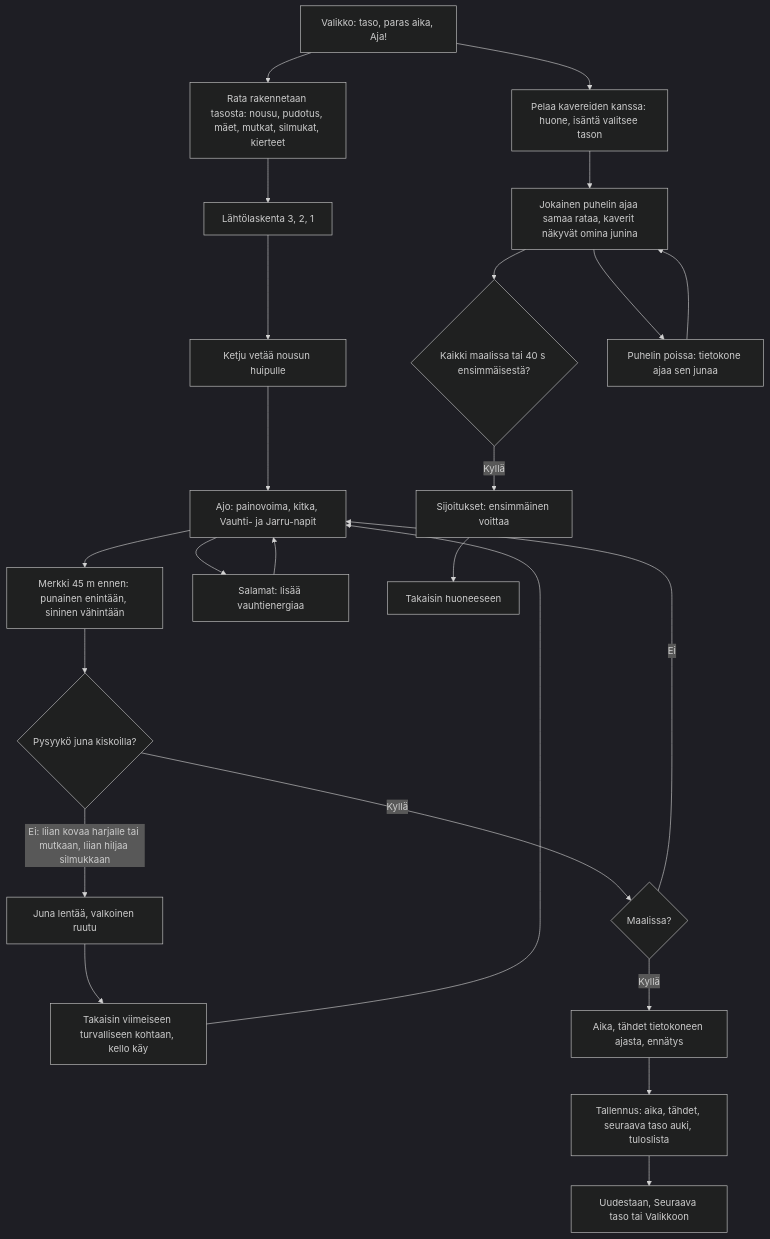
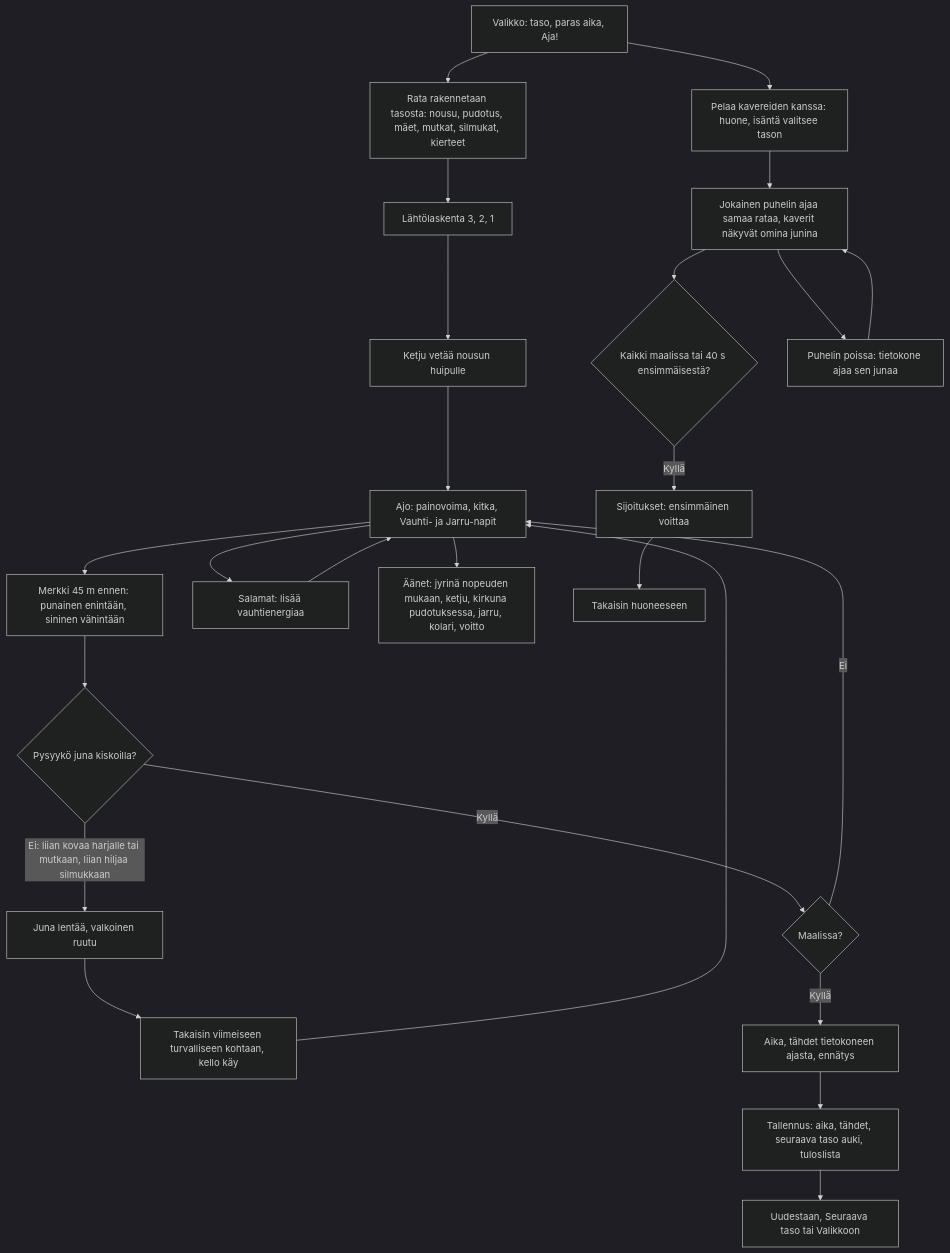
The diagram in docs/diagrams/vuoristorata.md (eerovil/ai-pelit), drawn with Mermaid (dark theme) before and after one commit. The commit also changed other lines of this file and 4 other files, not shown here.

````diff
--- a/docs/diagrams/vuoristorata.md
+++ b/docs/diagrams/vuoristorata.md
@@ -10,32 +11,34 @@
 ```mermaid
 flowchart TD
   A[Valikko: taso, paras aika, Aja!] --> B[Rata rakennetaan tasosta: nousu, pudotus, mäet, mutkat, silmukat, kierteet]
   B --> C[Lähtölaskenta 3, 2, 1]
   C --> D[Ketju vetää nousun huipulle]
   D --> E[Ajo: painovoima, kitka, Vauhti- ja Jarru-napit]
   E --> F[Merkki 45 m ennen: punainen enintään, sininen vähintään]
   F --> G{Pysyykö juna kiskoilla?}
   G -- Kyllä --> H{Maalissa?}
   G -- Ei: liian kovaa harjalle tai mutkaan, liian hiljaa silmukkaan --> I[Juna lentää, valkoinen ruutu]
   I --> J[Takaisin viimeiseen turvalliseen kohtaan, kello käy]
   J --> E
   E --> K[Salamat: lisää vauhtienergiaa]
   K --> E
+  E --> V[Äänet: jyrinä nopeuden mukaan, ketju, kirkuna pudotuksessa, jarru, kolari, voitto]
   H -- Ei --> E
   H -- Kyllä --> L[Aika, tähdet tietokoneen ajasta, ennätys]
   L --> M[Tallennus: aika, tähdet, seuraava taso auki, tuloslista]
   M --> N[Uudestaan, Seuraava taso tai Valikkoon]
   A --> O[Pelaa kavereiden kanssa: huone, isäntä valitsee tason]
   O --> P[Jokainen puhelin ajaa samaa rataa, kaverit näkyvät omina junina]
   P --> Q{Kaikki maalissa tai 40 s ensimmäisestä?}
   Q -- Kyllä --> R[Sijoitukset: ensimmäinen voittaa]
   R --> S[Takaisin huoneeseen]
   P --> T[Puhelin poissa: tietokone ajaa sen junaa]
   T --> P
   class A,C,E,N blue
   class G,H,Q amber
   class B,D,F,K teal
+  class V blue
   class I,J rose
   class L,M,R green
   class O,P,S,T violet
 ```
````
